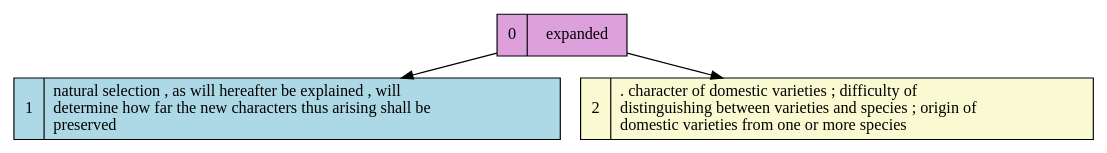
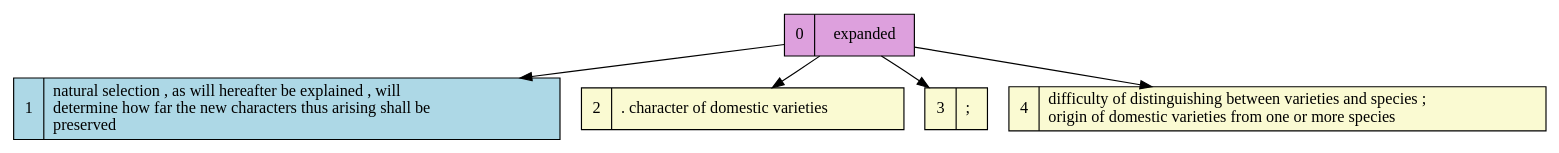
Before and after one commit to djbpitt/scala-graphing-sandbox: the diagram in src/main/outputs/t2.dot, drawn with Graphviz. The commit also changed 4 other files, not shown here.

```diff
--- a/src/main/outputs/t2.dot
+++ b/src/main/outputs/t2.dot
@@ -1,14 +1,20 @@
 digraph MyGraph {
 	ranksep=0.25
 	node [shape=record, style=filled]
 	
 0  ->  1
 	0  ->  2
+	0  ->  3
+	0  ->  4
 1 [label="1|natural selection , as will hereafter be explained , will \ldetermine how far the new characters thus arising shall be \lpreserved \l}" tooltip="natural selection , as will hereafter be explained , will determine how far the new characters thus arising shall be preserved \n\n(0, 1, 2, 3)" fillcolor="lightblue"]
-2 [label="2|. character of domestic varieties ; difficulty of \ldistinguishing between varieties and species ; origin of \ldomestic varieties from one or more species \l}" tooltip=". character of domestic varieties ; difficulty of distinguishing between varieties and species ; origin of domestic varieties from one or more species \n\n(3)" fillcolor="lightgoldenrodyellow"]
+2 [label="2|. character of domestic varieties \l}" tooltip=". character of domestic varieties \n\n(3)" fillcolor="lightgoldenrodyellow"]
+3 [label="3|; \l}" tooltip="; \n\n(3)" fillcolor="lightgoldenrodyellow"]
+4 [label="4|difficulty of distinguishing between varieties and species ; \lorigin of domestic varieties from one or more species \l}" tooltip="difficulty of distinguishing between varieties and species ; origin of domestic varieties from one or more species \n\n(3)" fillcolor="lightgoldenrodyellow"]
 
 
 0 [label="0|expanded" tooltip="Expanded node" fillcolor="plum"]
 0 [label="0|expanded" tooltip="Expanded node" fillcolor="plum"]
+0 [label="0|expanded" tooltip="Expanded node" fillcolor="plum"]
+0 [label="0|expanded" tooltip="Expanded node" fillcolor="plum"]
 
 }
```
